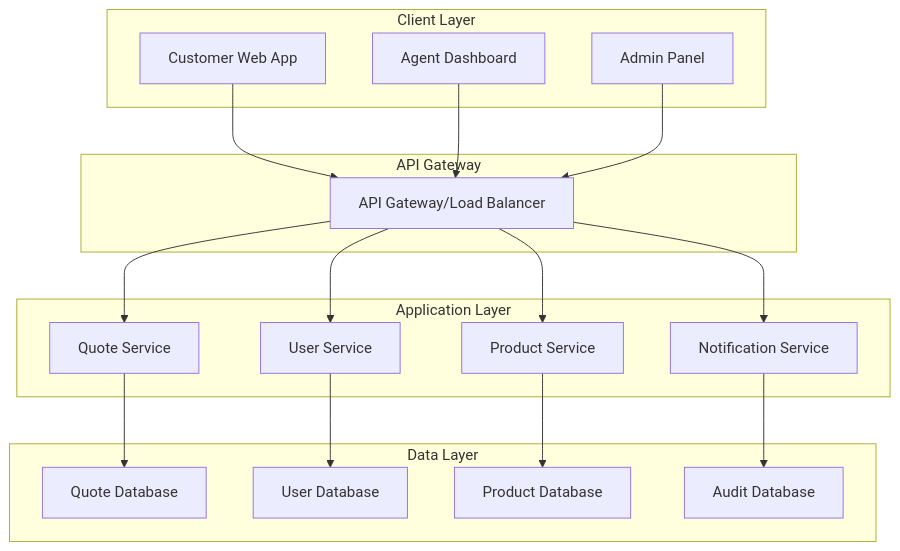
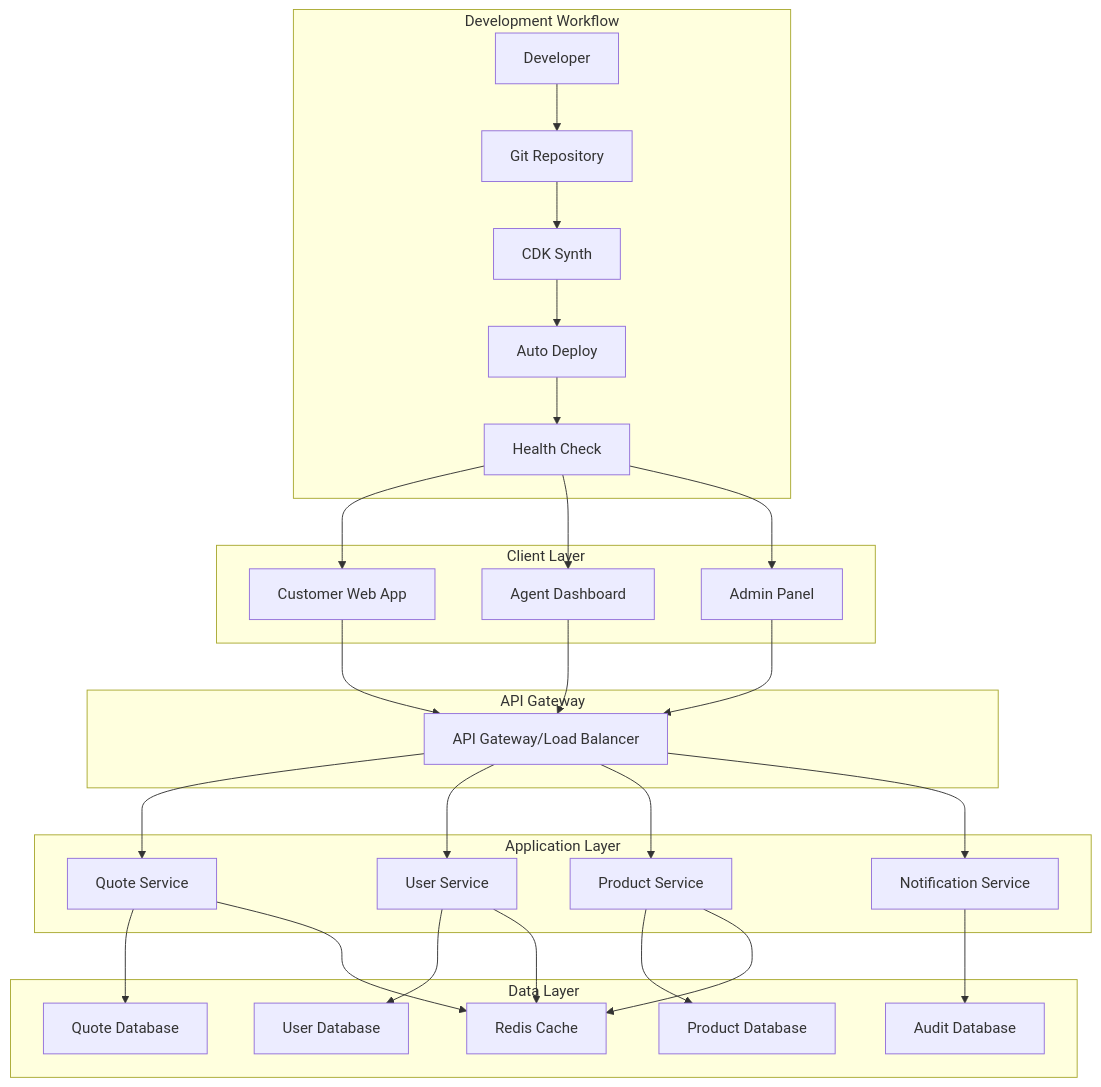
Before and after one commit to peterboddev/vibespacdemo: the first of 2 diagrams in .kiro/specs/insurance-quotation/design.md, drawn with Mermaid. The commit also changed other lines of this file and 72 other files, not shown here.

````diff
--- a/.kiro/specs/insurance-quotation/design.md
+++ b/.kiro/specs/insurance-quotation/design.md
@@ -11,38 +11,58 @@
 ```mermaid
 graph TB
+    subgraph "Development Workflow"
+        DEV[Developer]
+        GIT[Git Repository]
+        SYNTH[CDK Synth]
+        DEPLOY[Auto Deploy]
+        HEALTH[Health Check]
+    end
+    
     subgraph "Client Layer"
         A[Customer Web App]
         B[Agent Dashboard]
         C[Admin Panel]
     end
     
     subgraph "API Gateway"
         D[API Gateway/Load Balancer]
     end
     
     subgraph "Application Layer"
         E[Quote Service]
         F[User Service]
         G[Product Service]
         H[Notification Service]
     end
     
     subgraph "Data Layer"
         I[Quote Database]
         J[User Database]
         K[Product Database]
         L[Audit Database]
+        M[Redis Cache]
     end
+    
+    DEV --> GIT
+    GIT --> SYNTH
+    SYNTH --> DEPLOY
+    DEPLOY --> HEALTH
+    HEALTH --> A
+    HEALTH --> B
+    HEALTH --> C
     
     A --> D
     B --> D
     C --> D
     D --> E
     D --> F
     D --> G
     D --> H
     E --> I
     F --> J
     G --> K
     H --> L
+    E --> M
+    F --> M
+    G --> M
 ```
````
